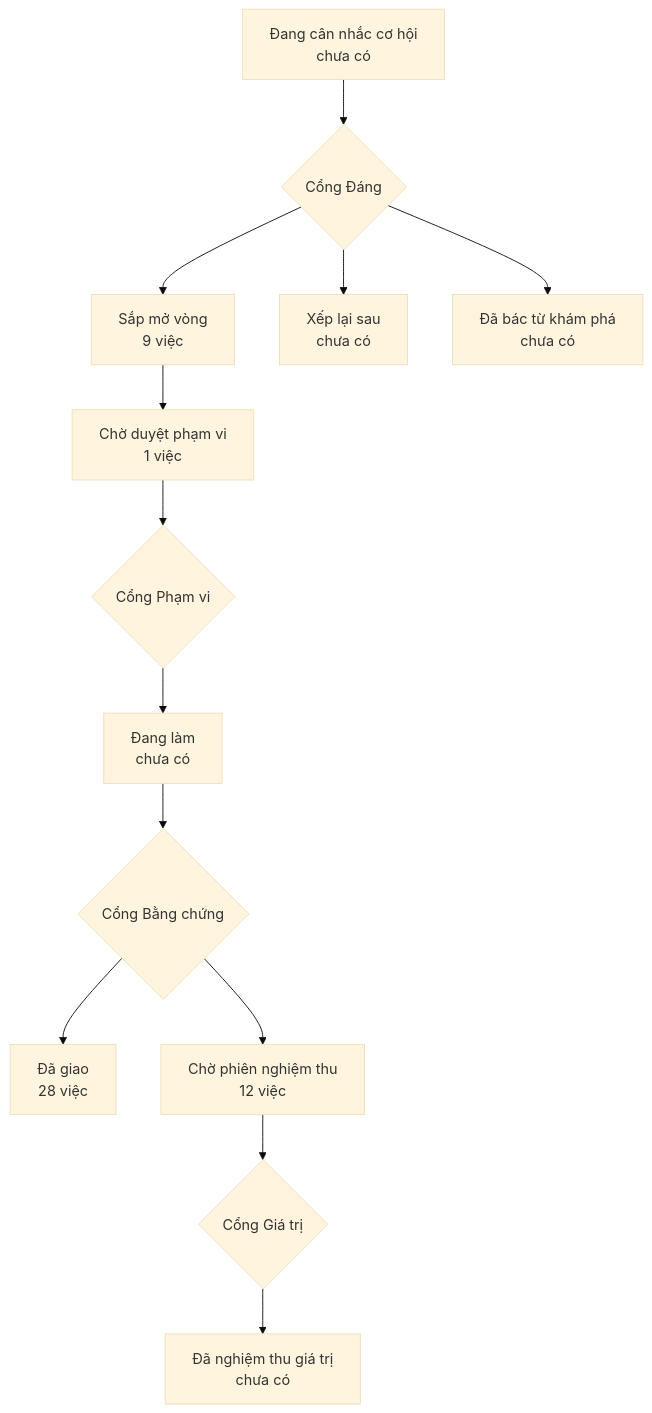
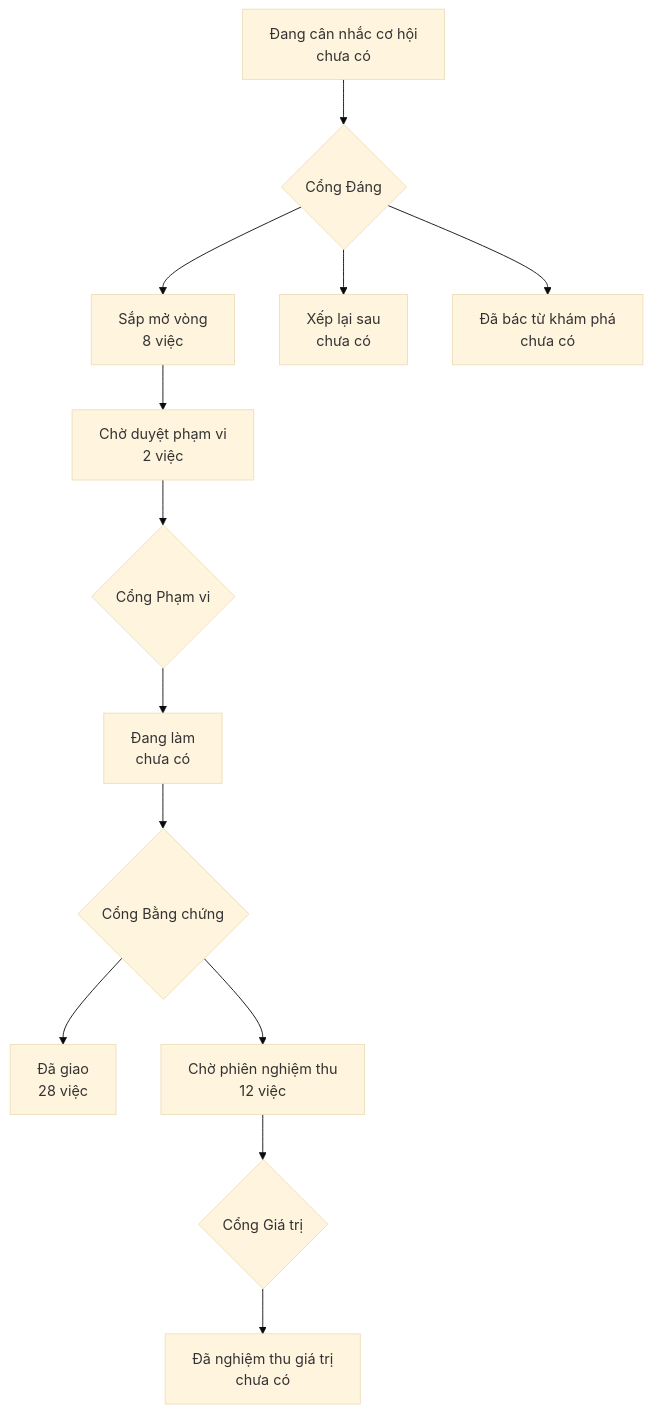
Before and after one commit to phanlemanh/onehub-invest: the diagram in PRODUCT-MAP.md, drawn with Mermaid (base theme). The commit also changed 8 other files, not shown here.

Commit message:
docs(acceptance): soat-tang-a-moi-duong-len-cloud — gap-probe định đoạt, thẻ Cổng Phạm vi

````diff
--- a/PRODUCT-MAP.md
+++ b/PRODUCT-MAP.md
@@ -7,12 +7,12 @@
 ```mermaid
 flowchart TD
   A["Đang cân nhắc cơ hội<br/>chưa có"] --> GD{"Cổng Đáng"}
-  GD --> B["Sắp mở vòng<br/>9 việc"]
+  GD --> B["Sắp mở vòng<br/>8 việc"]
   GD --> XL["Xếp lại sau<br/>chưa có"]
   GD --> DB["Đã bác từ khám phá<br/>chưa có"]
-  B --> CD["Chờ duyệt phạm vi<br/>1 việc"] --> GP{"Cổng Phạm vi"}
+  B --> CD["Chờ duyệt phạm vi<br/>2 việc"] --> GP{"Cổng Phạm vi"}
   GP --> DL["Đang làm<br/>chưa có"] --> GB{"Cổng Bằng chứng"}
   GB --> DG["Đã giao<br/>28 việc"]
   GB --> CN["Chờ phiên nghiệm thu<br/>12 việc"] --> GG{"Cổng Giá trị"}
   GG --> NT["Đã nghiệm thu giá trị<br/>chưa có"]
 ```
````
